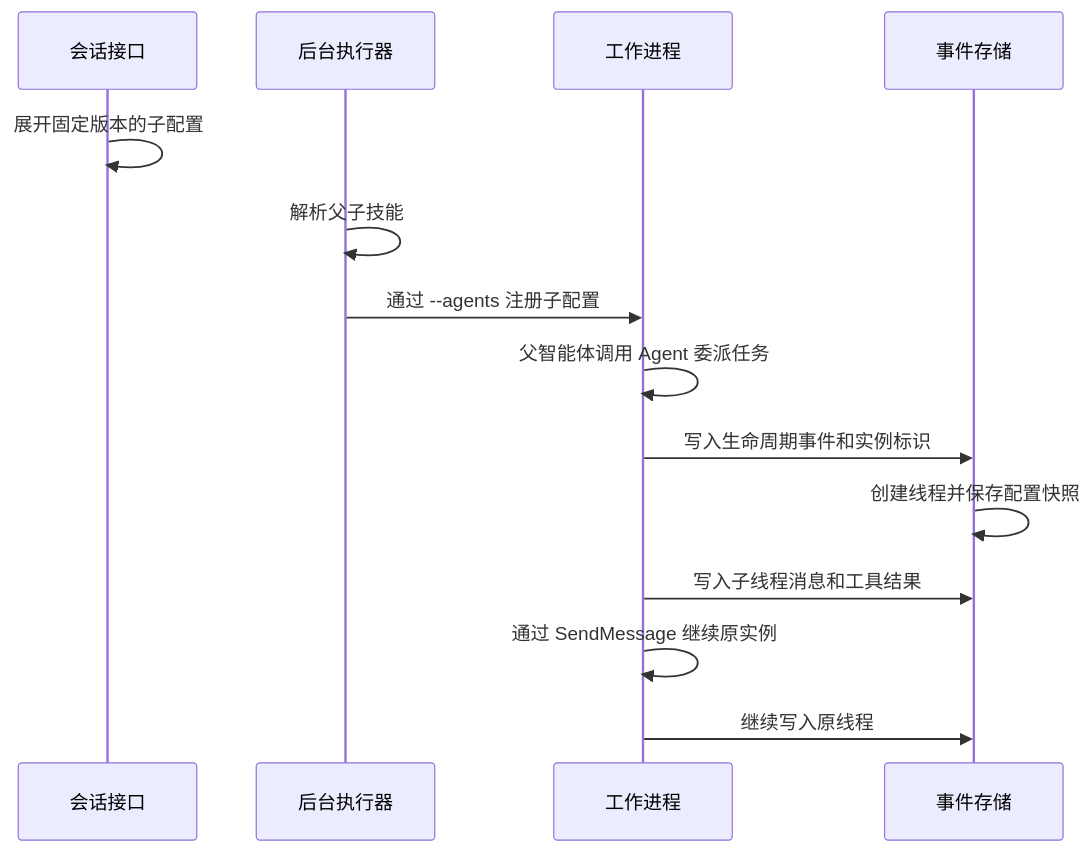
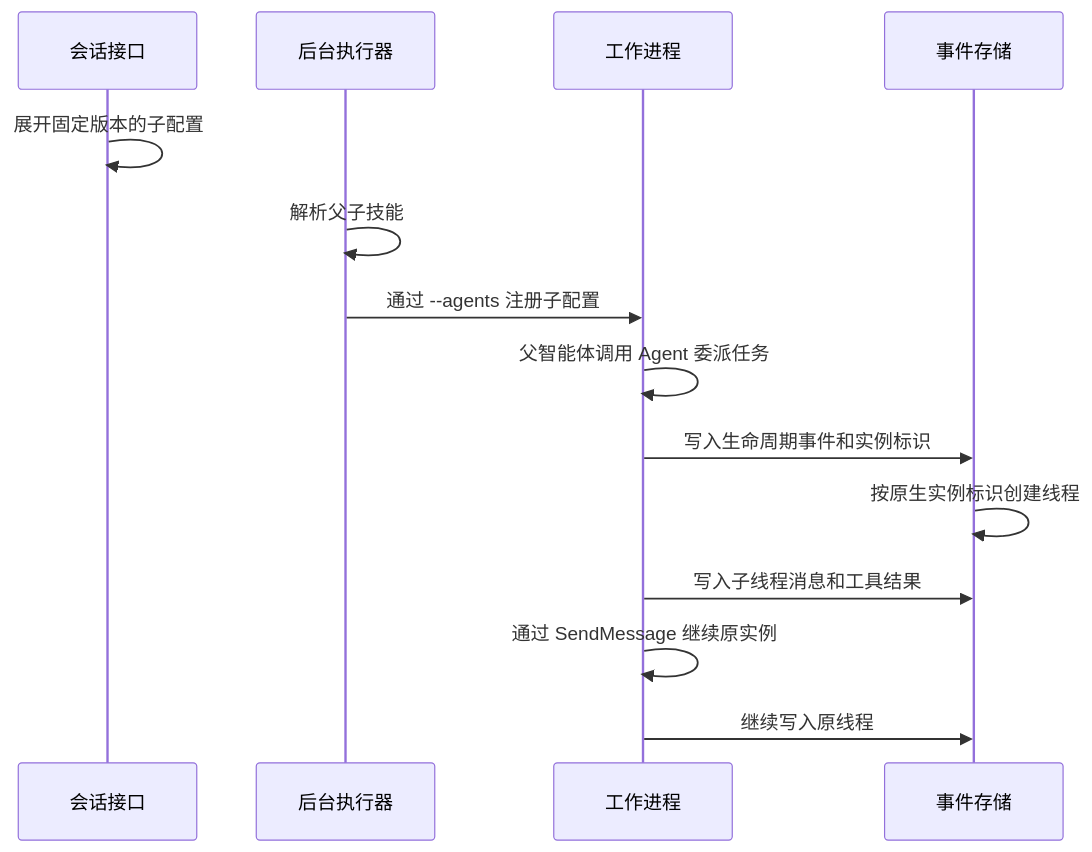
One commit to superduck-ai/open-managed-agents changed the diagram in docs/design/be/subagent-delegation.md. Above: the diagram before and after it, drawn with Mermaid. The commit also changed other lines of this file and 31 other files, not shown here.

````diff
--- a/docs/design/be/subagent-delegation.md
+++ b/docs/design/be/subagent-delegation.md
@@ -79,16 +79,16 @@
 ```mermaid
 sequenceDiagram
     participant API as 会话接口
     participant Runner as 后台执行器
     participant Worker as 工作进程
     participant Events as 事件存储
     API->>API: 展开固定版本的子配置
     Runner->>Runner: 解析父子技能
     Runner->>Worker: 通过 --agents 注册子配置
     Worker->>Worker: 父智能体调用 Agent 委派任务
     Worker->>Events: 写入生命周期事件和实例标识
-    Events->>Events: 创建线程并保存配置快照
+    Events->>Events: 按原生实例标识创建线程
     Worker->>Events: 写入子线程消息和工具结果
     Worker->>Worker: 通过 SendMessage 继续原实例
     Worker->>Events: 继续写入原线程
 ```
````
